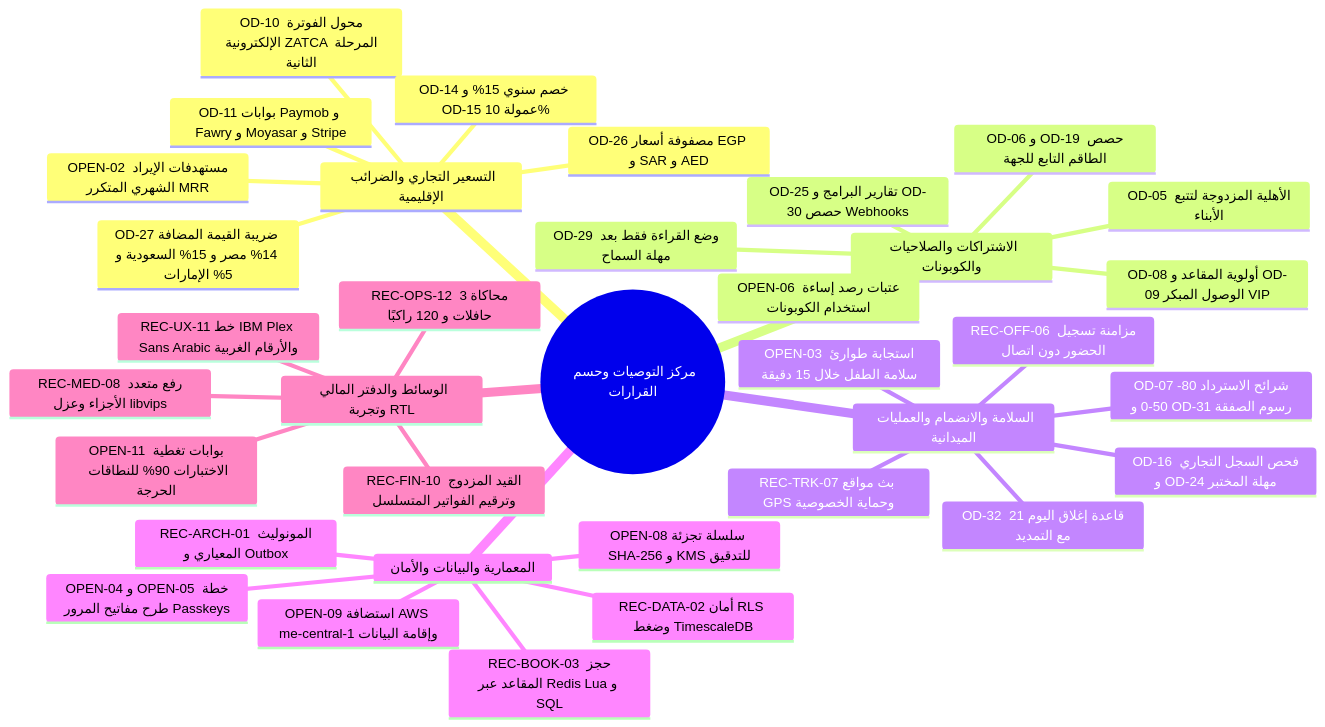
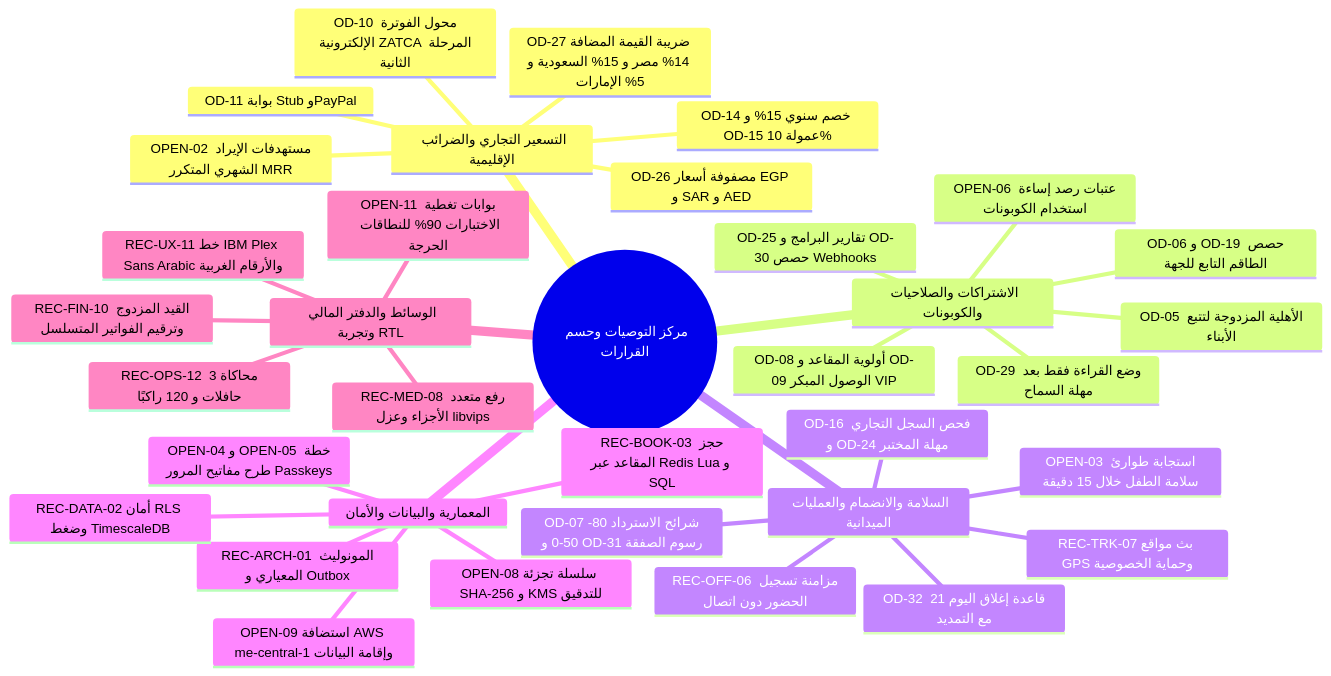
Before and after one commit to mohamedhabibwork/trips-enjoy-docs: the diagram in content/docs/ar/recommendations/index.mdx, drawn with Mermaid. The commit also changed other lines of this file and 117 other files, not shown here.

````diff
--- a/content/docs/ar/recommendations/index.mdx
+++ b/content/docs/ar/recommendations/index.mdx
@@ -64,38 +64,38 @@
 ```mermaid
 mindmap
   root(("مركز التوصيات وحسم القرارات"))
     التسعير التجاري والضرائب الإقليمية
       OD-26 مصفوفة أسعار EGP و SAR و AED
       OD-27 ضريبة القيمة المضافة 14% مصر و 15% السعودية و 5% الإمارات
       OD-10 محول الفوترة الإلكترونية ZATCA المرحلة الثانية
-      OD-11 بوابات Paymob و Fawry و Moyasar و Stripe
+      OD-11 بوابة Stub وPayPal
       OD-14 خصم سنوي 15% و OD-15 عمولة 10%
       OPEN-02 مستهدفات الإيراد الشهري المتكرر MRR
     الاشتراكات والصلاحيات والكوبونات
       OD-29 وضع القراءة فقط بعد مهلة السماح
       OD-05 الأهلية المزدوجة لتتبع الأبناء
       OD-06 و OD-19 حصص الطاقم التابع للجهة
       OD-08 أولوية المقاعد و OD-09 الوصول المبكر VIP
       OD-25 تقارير البرامج و OD-30 حصص Webhooks
       OPEN-06 عتبات رصد إساءة استخدام الكوبونات
     السلامة والانضمام والعمليات الميدانية
       OD-32 قاعدة إغلاق اليوم 21 مع التمديد
       OPEN-03 استجابة طوارئ سلامة الطفل خلال 15 دقيقة
       OD-07 شرائح الاسترداد 80-50-0 و OD-31 رسوم الصفقة
       OD-16 فحص السجل التجاري و OD-24 مهلة المختبر
       REC-OFF-06 مزامنة تسجيل الحضور دون اتصال
       REC-TRK-07 بث مواقع GPS وحماية الخصوصية
     المعمارية والبيانات والأمان
       REC-ARCH-01 المونوليث المعياري و Outbox
       REC-DATA-02 أمان RLS وضغط TimescaleDB
       REC-BOOK-03 حجز المقاعد عبر Redis Lua و SQL
       OPEN-08 سلسلة تجزئة SHA-256 و KMS للتدقيق
       OPEN-09 استضافة AWS me-central-1 وإقامة البيانات
       OPEN-04 و OPEN-05 خطة طرح مفاتيح المرور Passkeys
     الوسائط والدفتر المالي وتجربة RTL
       REC-MED-08 رفع متعدد الأجزاء وعزل libvips
       REC-FIN-10 القيد المزدوج وترقيم الفواتير المتسلسل
       REC-UX-11 خط IBM Plex Sans Arabic والأرقام الغربية
       OPEN-11 بوابات تغطية الاختبارات 90% للنطاقات الحرجة
       REC-OPS-12 محاكاة 3 حافلات و 120 راكبًا
 ```
````
